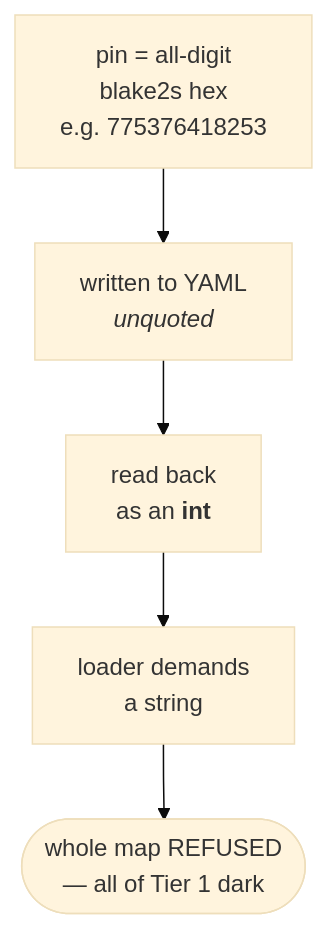
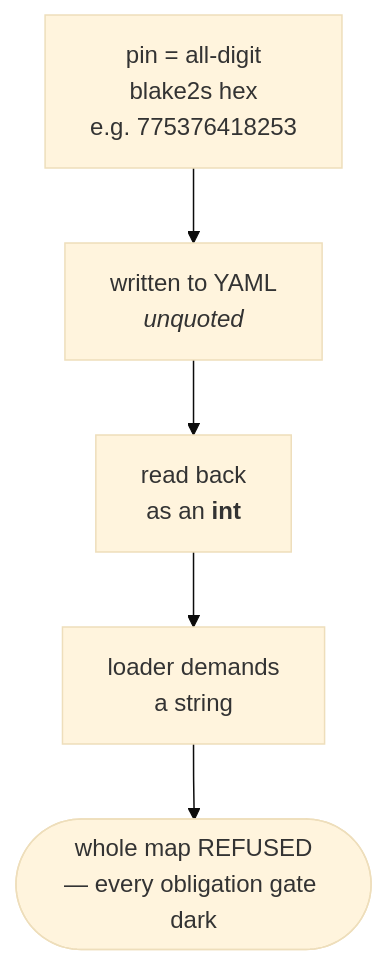
Before and after one commit to clintecker/celebrimbor: the diagram in docs/concepts/self-hosting.md, drawn with Mermaid (base theme). The commit also changed other lines of this file and 3 other files, not shown here.

````diff
--- a/docs/concepts/self-hosting.md
+++ b/docs/concepts/self-hosting.md
@@ -47,7 +47,7 @@
 ```mermaid
 flowchart TD
     A["pin = all-digit<br/>blake2s hex<br/>e.g. 775376418253"] --> B["written to YAML<br/><em>unquoted</em>"]
     B --> C["read back<br/>as an <b>int</b>"]
     C --> D["loader demands<br/>a string"]
-    D --> E(["whole map REFUSED<br/>— all of Tier 1 dark"])
+    D --> E(["whole map REFUSED<br/>— every obligation gate dark"])
 ```
````
